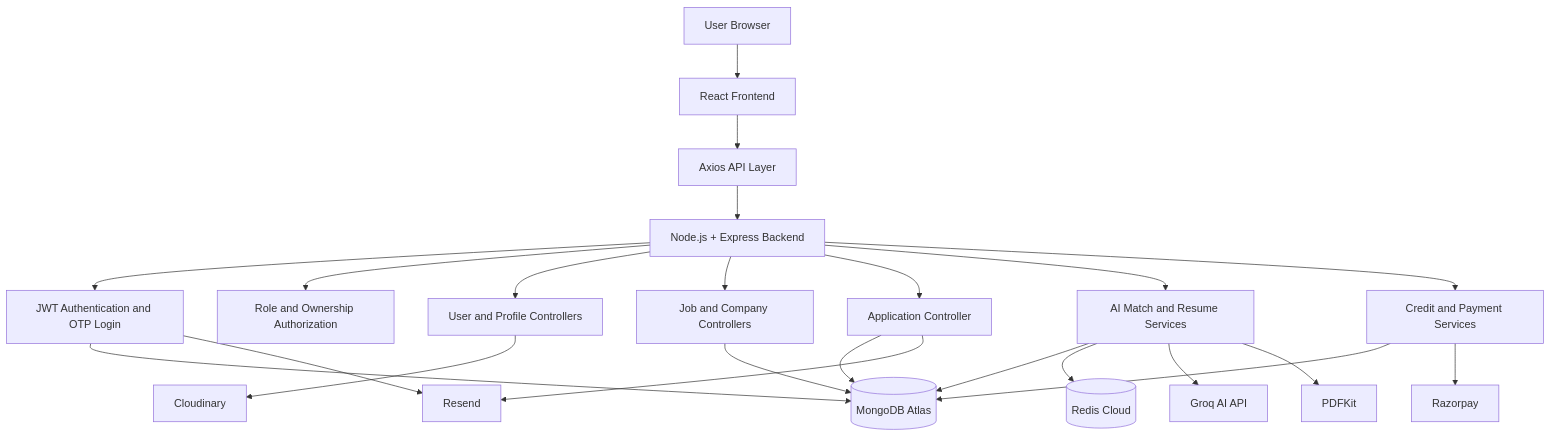
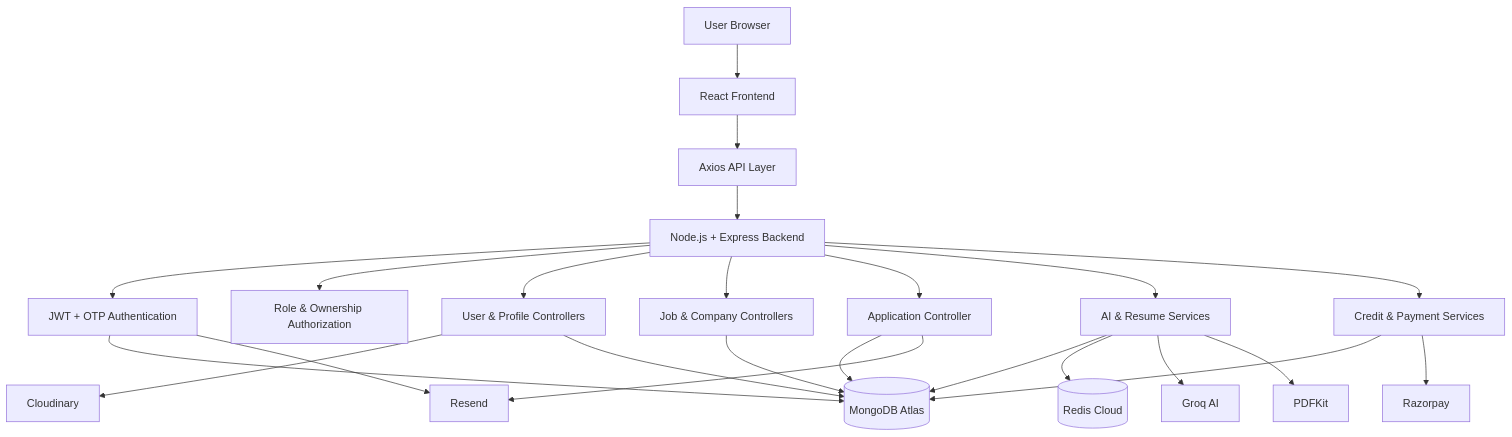
The diagram in README.md (PULAK04/JobSync), drawn with Mermaid before and after one commit. The commit also changed other lines of this file and 1 other file, not shown here.

````diff
--- a/README.md
+++ b/README.md
@@ -346,30 +77,32 @@
 ```mermaid
 flowchart TD
-    U[User Browser]
 
-    U --> F[React Frontend]
+    U[User Browser] --> F[React Frontend]
     F --> A[Axios API Layer]
     A --> B[Node.js + Express Backend]
 
-    B --> AUTH[JWT Authentication and OTP Login]
-    B --> RBAC[Role and Ownership Authorization]
-    B --> USERS[User and Profile Controllers]
-    B --> JOBS[Job and Company Controllers]
+    B --> AUTH[JWT + OTP Authentication]
+    B --> RBAC[Role & Ownership Authorization]
+    B --> USERS[User & Profile Controllers]
+    B --> JOBS[Job & Company Controllers]
     B --> APPS[Application Controller]
-    B --> AI[AI Match and Resume Services]
-    B --> PAY[Credit and Payment Services]
+    B --> AI[AI & Resume Services]
+    B --> PAY[Credit & Payment Services]
 
     USERS --> C[Cloudinary]
-    JOBS --> M[(MongoDB Atlas)]
+    AUTH --> M[(MongoDB Atlas)]
+    USERS --> M
+    JOBS --> M
     APPS --> M
-    AUTH --> M
+    AI --> M
     PAY --> M
-    AI --> M
 
     AI --> R[(Redis Cloud)]
-    AI --> G[Groq AI API]
+    AI --> G[Groq AI]
     AI --> PDF[PDFKit]
-    PAY --> RP[Razorpay]
+
     AUTH --> E[Resend]
     APPS --> E
+
+    PAY --> RP[Razorpay]
 ```
````
